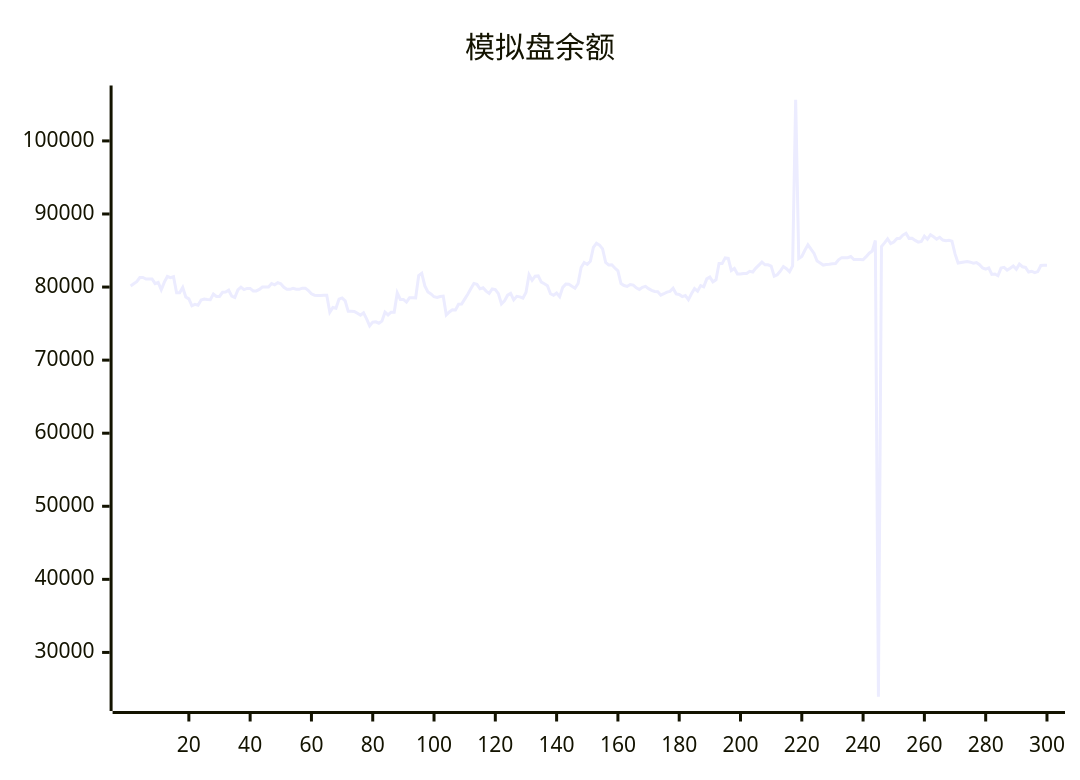
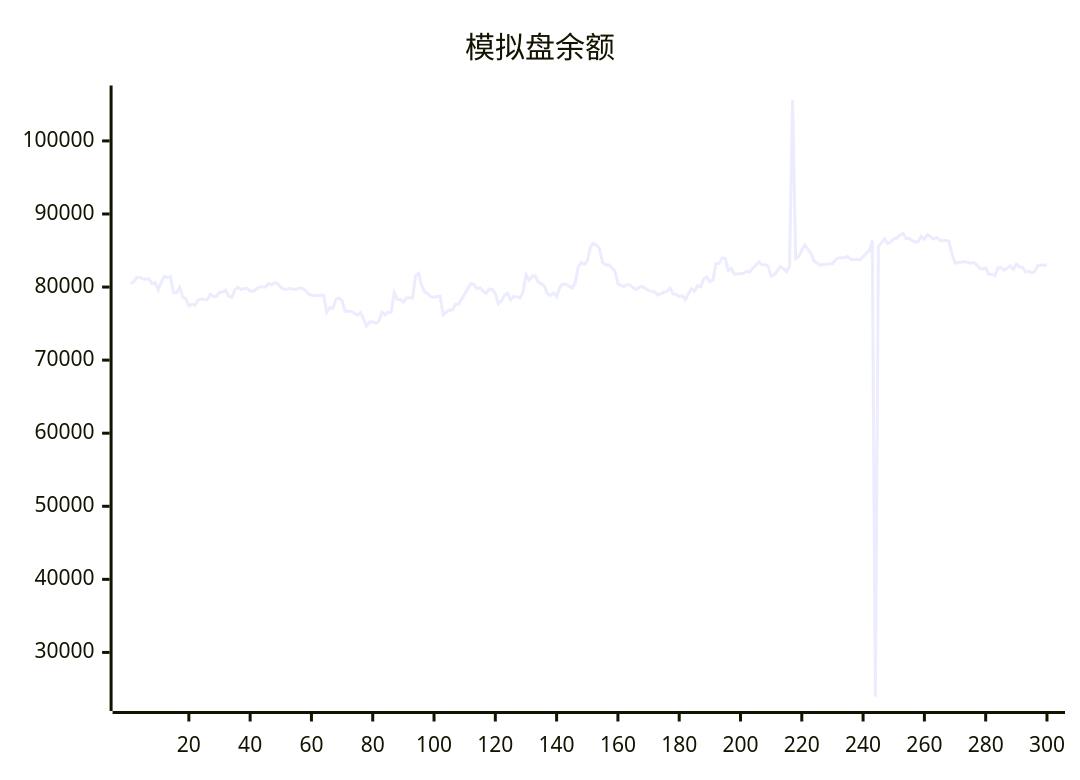
Before and after one commit to aahl/ai-trading: the diagram in README.md, drawn with Mermaid. The commit also changed other lines of this file and 1 other file, not shown here.

````diff
--- a/README.md
+++ b/README.md
@@ -5,5 +5,5 @@
 ```mermaid
 xychart
     title "模拟盘余额"
-    line [80155,80450,80737,81309,81309,81106,81119,81119,80471,80631,79624,80670,81448,81290,81429,79212,79222,79940,78643,78380,77432,77623,77504,78235,78358,78284,78277,79048,78714,78714,79290,79308,79567,78763,78563,79603,79988,79652,79813,79813,79476,79469,79673,79995,80015,80015,80486,80314,80600,80436,79966,79689,79689,79819,79692,79692,79850,79850,79518,79071,78889,78850,78850,78878,78878,76554,77202,77103,78357,78510,78106,76678,76677,76672,76411,76159,76485,75656,74695,75197,75246,75052,75334,76564,76179,76553,76551,79196,78300,78300,77944,78531,78531,78521,81564,81884,80160,79335,79055,78675,78580,78708,78764,76179,76586,76902,76876,77658,77669,78346,79023,79769,80497,80366,79761,79896,79448,79126,79749,79658,79097,77695,78114,78888,79126,78249,78738,78653,78478,79271,81680,80923,81488,81527,80681,80455,80190,79084,78879,79193,78686,79954,80403,80374,80118,79848,80491,82665,83351,83098,83525,85430,85983,85737,85221,83378,83014,83043,82613,82216,80477,80208,80081,80348,80277,79894,79670,79965,80093,79786,79542,79406,79371,78893,79087,79304,79406,79841,79072,78978,78696,78846,78272,79085,79787,79442,80198,80031,81120,81379,80718,80985,83214,83212,83993,83921,82270,82547,81776,81776,81866,81866,82158,82061,82596,83000,83408,83041,83050,82858,81503,81691,82188,82812,82517,82092,82901,105633,83898,84180,85030,85781,85178,84604,83569,83298,83008,83093,83107,83175,83228,83729,84025,84017,84019,84177,83775,83762,83785,83738,84160,84639,84939,86370,23934,85548,86046,86599,85942,86161,86622,86664,87115,87369,86666,86685,86384,86152,86243,86969,86548,87164,86885,86566,86809,86427,86348,86417,86273,84538,83299,83369,83430,83490,83404,83270,83362,83056,82605,82459,82614,81734,81788,81551,82598,82702,82320,82580,82878,82426,83139,82778,82686,82056,82166,81963,82110,82951,82983,82984]
+    line [80450,80737,81309,81309,81106,81119,81119,80471,80631,79624,80670,81448,81290,81429,79212,79222,79940,78643,78380,77432,77623,77504,78235,78358,78284,78277,79048,78714,78714,79290,79308,79567,78763,78563,79603,79988,79652,79813,79813,79476,79469,79673,79995,80015,80015,80486,80314,80600,80436,79966,79689,79689,79819,79692,79692,79850,79850,79518,79071,78889,78850,78850,78878,78878,76554,77202,77103,78357,78510,78106,76678,76677,76672,76411,76159,76485,75656,74695,75197,75246,75052,75334,76564,76179,76553,76551,79196,78300,78300,77944,78531,78531,78521,81564,81884,80160,79335,79055,78675,78580,78708,78764,76179,76586,76902,76876,77658,77669,78346,79023,79769,80497,80366,79761,79896,79448,79126,79749,79658,79097,77695,78114,78888,79126,78249,78738,78653,78478,79271,81680,80923,81488,81527,80681,80455,80190,79084,78879,79193,78686,79954,80403,80374,80118,79848,80491,82665,83351,83098,83525,85430,85983,85737,85221,83378,83014,83043,82613,82216,80477,80208,80081,80348,80277,79894,79670,79965,80093,79786,79542,79406,79371,78893,79087,79304,79406,79841,79072,78978,78696,78846,78272,79085,79787,79442,80198,80031,81120,81379,80718,80985,83214,83212,83993,83921,82270,82547,81776,81776,81866,81866,82158,82061,82596,83000,83408,83041,83050,82858,81503,81691,82188,82812,82517,82092,82901,105633,83898,84180,85030,85781,85178,84604,83569,83298,83008,83093,83107,83175,83228,83729,84025,84017,84019,84177,83775,83762,83785,83738,84160,84639,84939,86370,23934,85548,86046,86599,85942,86161,86622,86664,87115,87369,86666,86685,86384,86152,86243,86969,86548,87164,86885,86566,86809,86427,86348,86417,86273,84538,83299,83369,83430,83490,83404,83270,83362,83056,82605,82459,82614,81734,81788,81551,82598,82702,82320,82580,82878,82426,83139,82778,82686,82056,82166,81963,82110,82951,82983,82984,83038]
 ```
````
